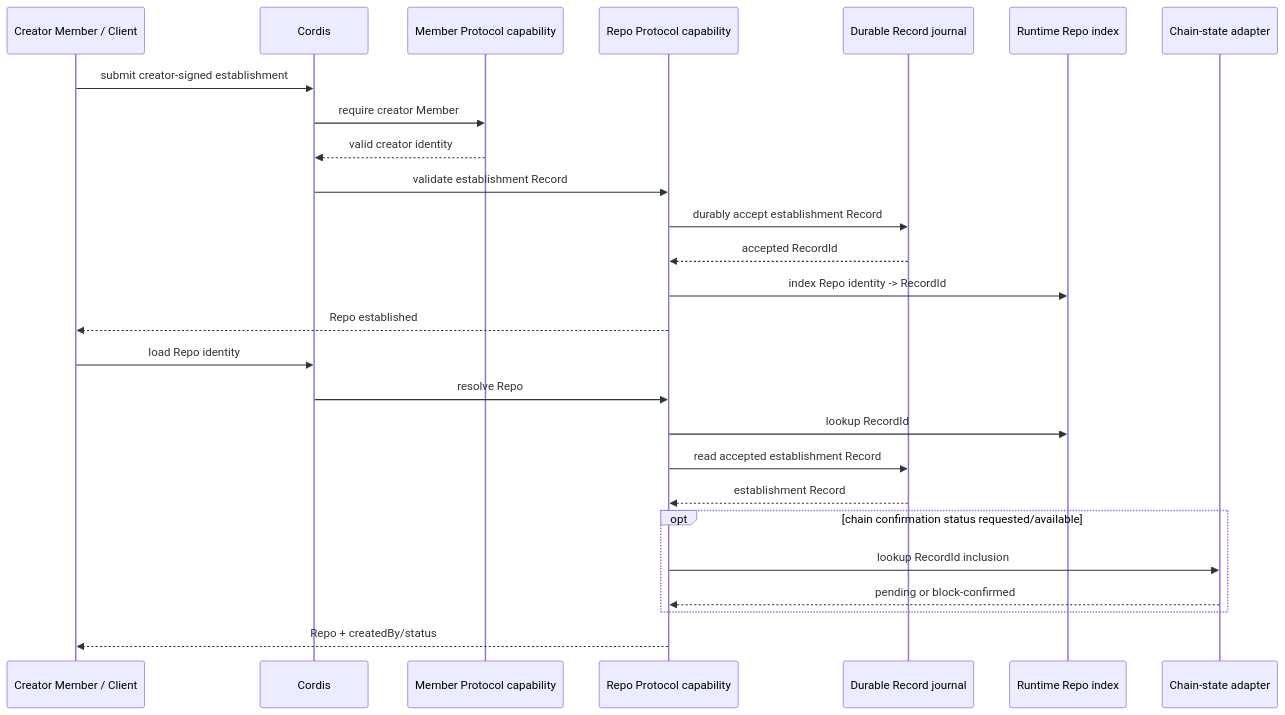
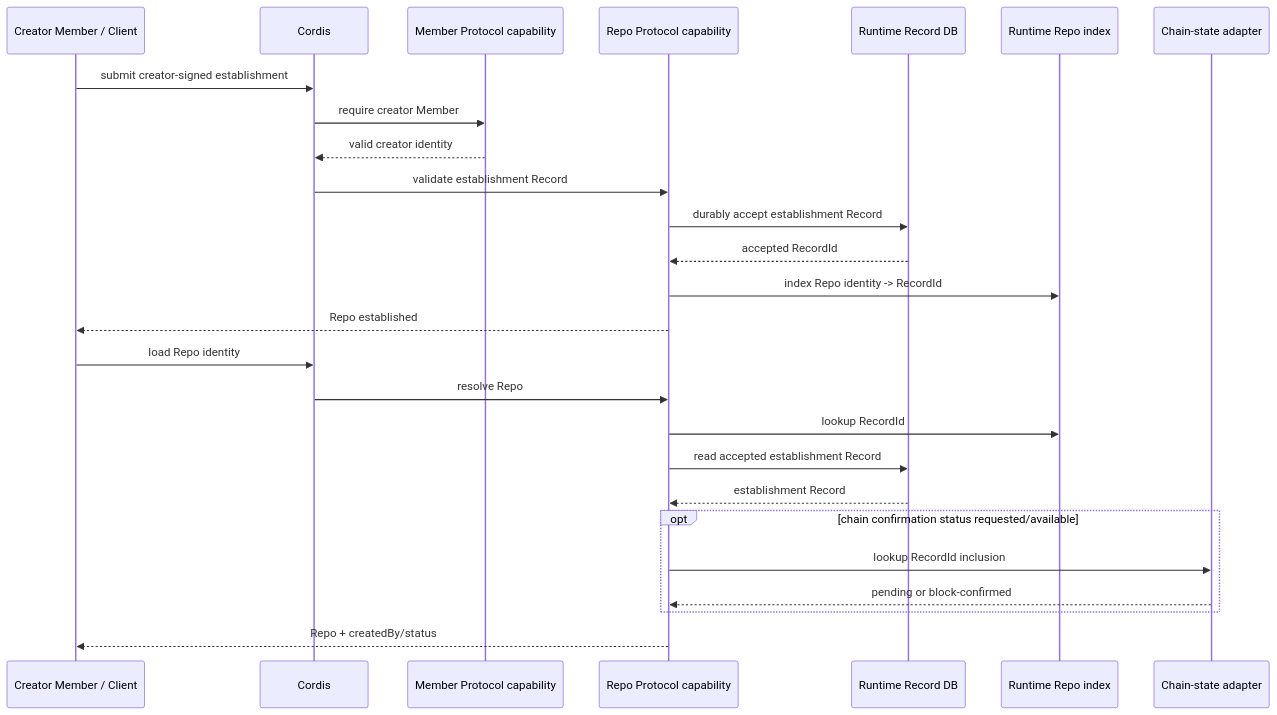
One commit to labourchain/repository changed the second of 2 diagrams in docs/architecture.md. Above: the diagram before and after it, drawn with Mermaid. The commit also changed other lines of this file, not shown here.

Commit message:
docs: remove remaining journal/staging topology from architecture diagrams

````diff
--- a/docs/architecture.md
+++ b/docs/architecture.md
@@ -289,30 +277,30 @@
 ```mermaid
 sequenceDiagram
     participant Creator as Creator Member / Client
     participant Cordis as Cordis
     participant MemberProtocol as Member Protocol capability
     participant Repo as Repo Protocol capability
-    participant Journal as Durable Record journal
+    participant Journal as Runtime Record DB
     participant Index as Runtime Repo index
     participant Chain as Chain-state adapter
 
     Creator->>Cordis: submit creator-signed establishment
     Cordis->>MemberProtocol: require creator Member
     MemberProtocol-->>Cordis: valid creator identity
     Cordis->>Repo: validate establishment Record
     Repo->>Journal: durably accept establishment Record
     Journal-->>Repo: accepted RecordId
     Repo->>Index: index Repo identity -> RecordId
     Repo-->>Creator: Repo established
 
     Creator->>Cordis: load Repo identity
     Cordis->>Repo: resolve Repo
     Repo->>Index: lookup RecordId
     Repo->>Journal: read accepted establishment Record
     Journal-->>Repo: establishment Record
     opt chain confirmation status requested/available
         Repo->>Chain: lookup RecordId inclusion
         Chain-->>Repo: pending or block-confirmed
     end
     Repo-->>Creator: Repo + createdBy/status
 ```
````
